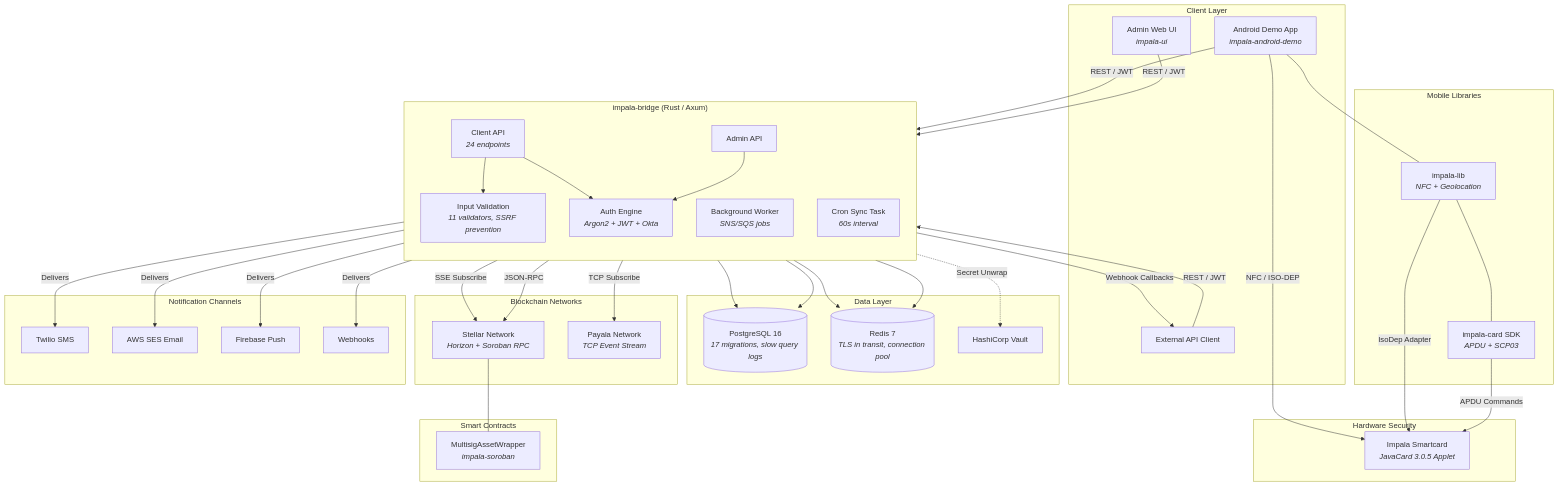
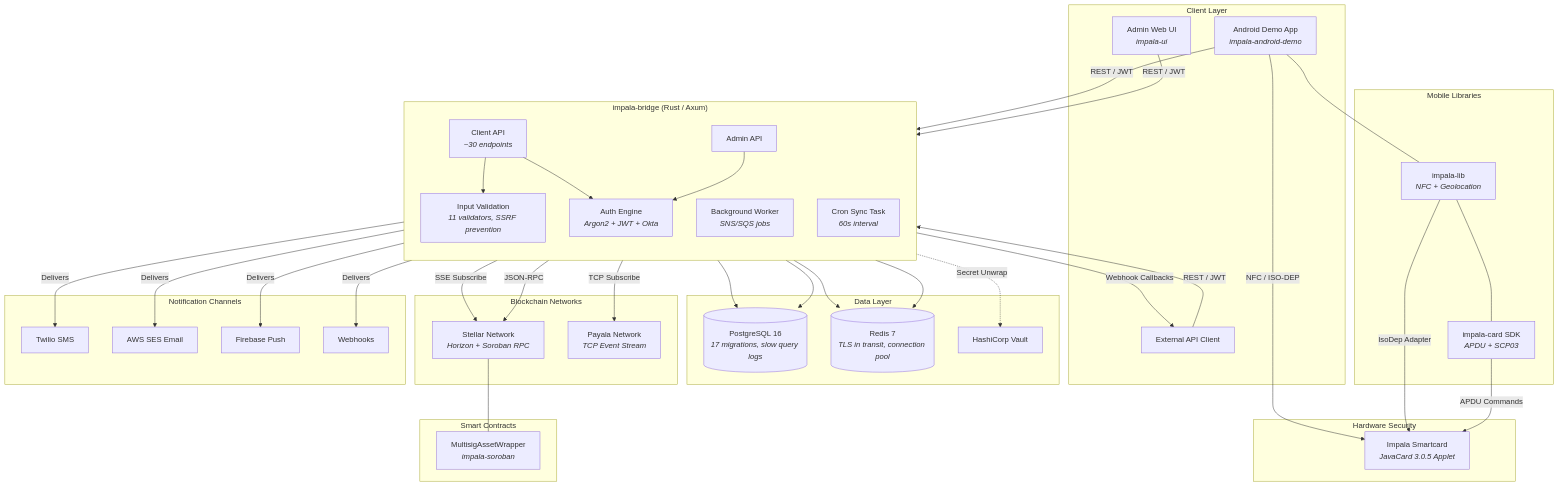
Before and after one commit to Financial-Empowerment-Partners/impala: the first of 14 diagrams in ARCHITECTURE.md, drawn with Mermaid. The commit also changed 970 other files, not shown here.

````diff
--- a/ARCHITECTURE.md
+++ b/ARCHITECTURE.md
@@ -70,81 +70,81 @@
 ```mermaid
 graph TB
     subgraph Clients["Client Layer"]
         AndroidApp["Android Demo App<br/><i>impala-android-demo</i>"]
         AdminUI["Admin Web UI<br/><i>impala-ui</i>"]
         ExtClient["External API Client"]
     end
 
     subgraph Bridge["impala-bridge &lpar;Rust / Axum&rpar;"]
         direction TB
-        ClientAPI["Client API<br/><i>24 endpoints</i>"]
+        ClientAPI["Client API<br/><i>~30 endpoints</i>"]
         AdminAPI["Admin API"]
         AuthEngine["Auth Engine<br/><i>Argon2 + JWT + Okta</i>"]
         Validation["Input Validation<br/><i>11 validators, SSRF prevention</i>"]
         Worker["Background Worker<br/><i>SNS/SQS jobs</i>"]
         CronSync["Cron Sync Task<br/><i>60s interval</i>"]
     end
 
     subgraph Storage["Data Layer"]
         Postgres[("PostgreSQL 16<br/><i>17 migrations, slow query logs</i>")]
         Redis[("Redis 7<br/><i>TLS in transit, connection pool</i>")]
         Vault["HashiCorp Vault"]
     end
 
     subgraph Networks["Blockchain Networks"]
         Stellar["Stellar Network<br/><i>Horizon + Soroban RPC</i>"]
         Payala["Payala Network<br/><i>TCP Event Stream</i>"]
     end
 
     subgraph Hardware["Hardware Security"]
         Card["Impala Smartcard<br/><i>JavaCard 3.0.5 Applet</i>"]
     end
 
     subgraph MobileLibs["Mobile Libraries"]
         ImpalaLib["impala-lib<br/><i>NFC + Geolocation</i>"]
         ImpalaSDK["impala-card SDK<br/><i>APDU + SCP03</i>"]
     end
 
     subgraph Contracts["Smart Contracts"]
         Soroban["MultisigAssetWrapper<br/><i>impala-soroban</i>"]
     end
 
     subgraph Notifications["Notification Channels"]
         Twilio["Twilio SMS"]
         SES["AWS SES Email"]
         FCM["Firebase Push"]
         Webhooks["Webhooks"]
     end
 
     AndroidApp -->|"REST / JWT"| ClientAPI
     AdminUI -->|"REST / JWT"| AdminAPI
     ExtClient -->|"REST / JWT"| ClientAPI
 
     ClientAPI --> Validation
     ClientAPI --> AuthEngine
     AdminAPI --> AuthEngine
     AuthEngine --> Postgres
     AuthEngine --> Redis
 
     Bridge --> Postgres
     Bridge --> Redis
     Bridge -.->|"Secret Unwrap"| Vault
 
     ClientAPI -->|"SSE Subscribe"| Stellar
     ClientAPI -->|"JSON-RPC"| Stellar
     ClientAPI -->|"TCP Subscribe"| Payala
     CronSync -->|"Webhook Callbacks"| ExtClient
 
     Worker -->|"Delivers"| Twilio
     Worker -->|"Delivers"| SES
     Worker -->|"Delivers"| FCM
     Worker -->|"Delivers"| Webhooks
 
     Stellar --- Soroban
 
     AndroidApp -->|"NFC / ISO-DEP"| Card
     ImpalaLib -->|"IsoDep Adapter"| Card
     ImpalaSDK -->|"APDU Commands"| Card
     AndroidApp --- ImpalaLib
     ImpalaLib --- ImpalaSDK
 ```
````
